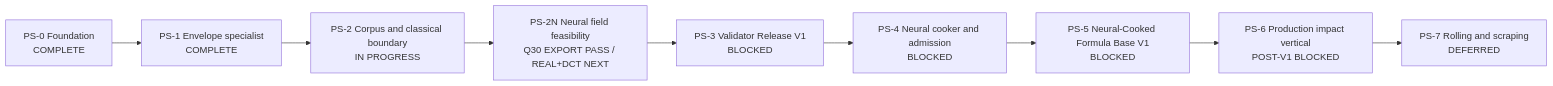
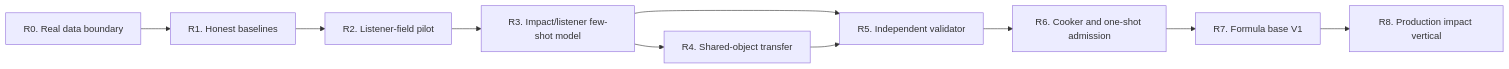
One commit to kaifaty/NextEngine changed the diagram in docs/plans/physical-sound-synthesis-roadmap.md. Above: the diagram before and after it, drawn with Mermaid. The commit also changed other lines of this file and 3 other files, not shown here.

Commit message:
docs(sound): rebaseline neural physical sound roadmap

````diff
--- a/docs/plans/physical-sound-synthesis-roadmap.md
+++ b/docs/plans/physical-sound-synthesis-roadmap.md
@@ -118,11 +105,12 @@
 ```mermaid
 flowchart LR
-    PS0["PS-0 Foundation<br/>COMPLETE"] --> PS1["PS-1 Envelope specialist<br/>COMPLETE"]
-    PS1 --> PS2["PS-2 Corpus and classical boundary<br/>IN PROGRESS"]
-    PS2 --> PS2N["PS-2N Neural field feasibility<br/>Q30 EXPORT PASS / REAL+DCT NEXT"]
-    PS2N --> PS3["PS-3 Validator Release V1<br/>BLOCKED"]
-    PS3 --> PS4["PS-4 Neural cooker and admission<br/>BLOCKED"]
-    PS4 --> PS5["PS-5 Neural-Cooked Formula Base V1<br/>BLOCKED"]
-    PS5 --> PS6["PS-6 Production impact vertical<br/>POST-V1 BLOCKED"]
-    PS6 --> PS7["PS-7 Rolling and scraping<br/>DEFERRED"]
+    R0["R0. Real data boundary"] --> R1["R1. Honest baselines"]
+    R1 --> R2["R2. Listener-field pilot"]
+    R2 --> R3["R3. Impact/listener few-shot model"]
+    R3 --> R4["R4. Shared-object transfer"]
+    R3 --> R5["R5. Independent validator"]
+    R4 --> R5
+    R5 --> R6["R6. Cooker and one-shot admission"]
+    R6 --> R7["R7. Formula base V1"]
+    R7 --> R8["R8. Production impact vertical"]
 ```
````
